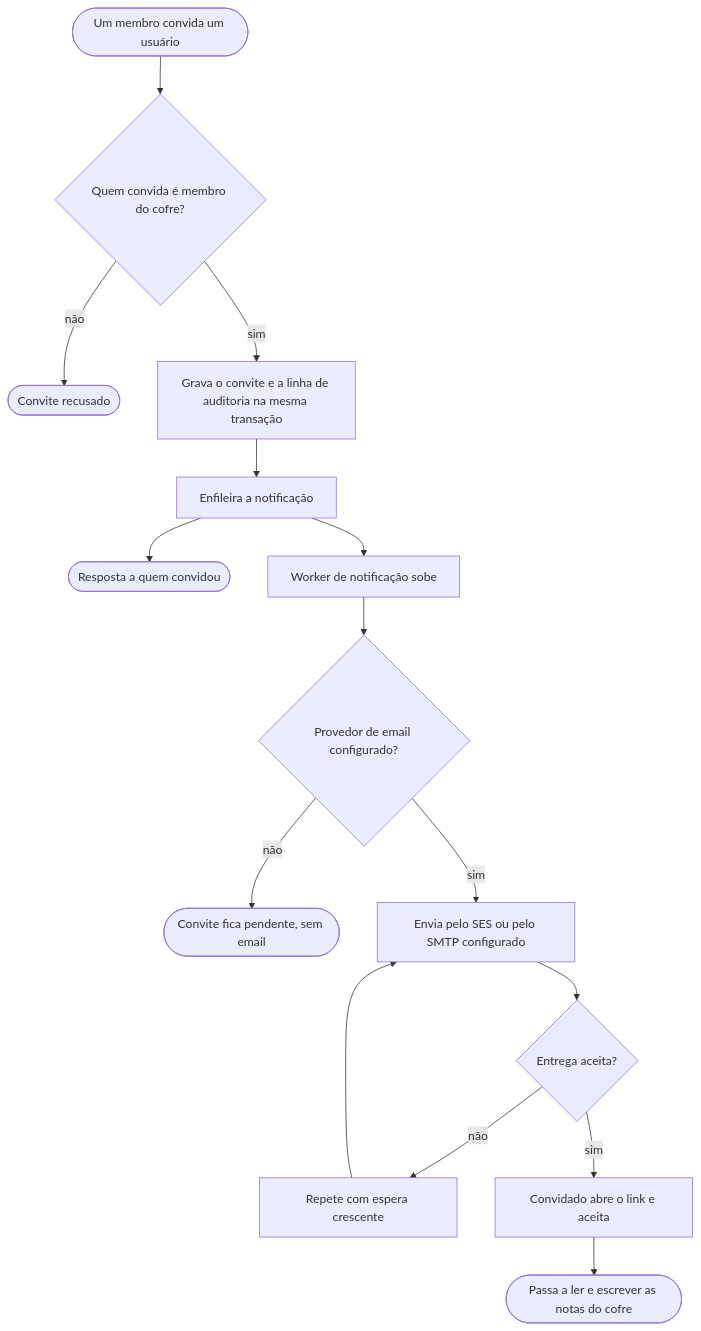
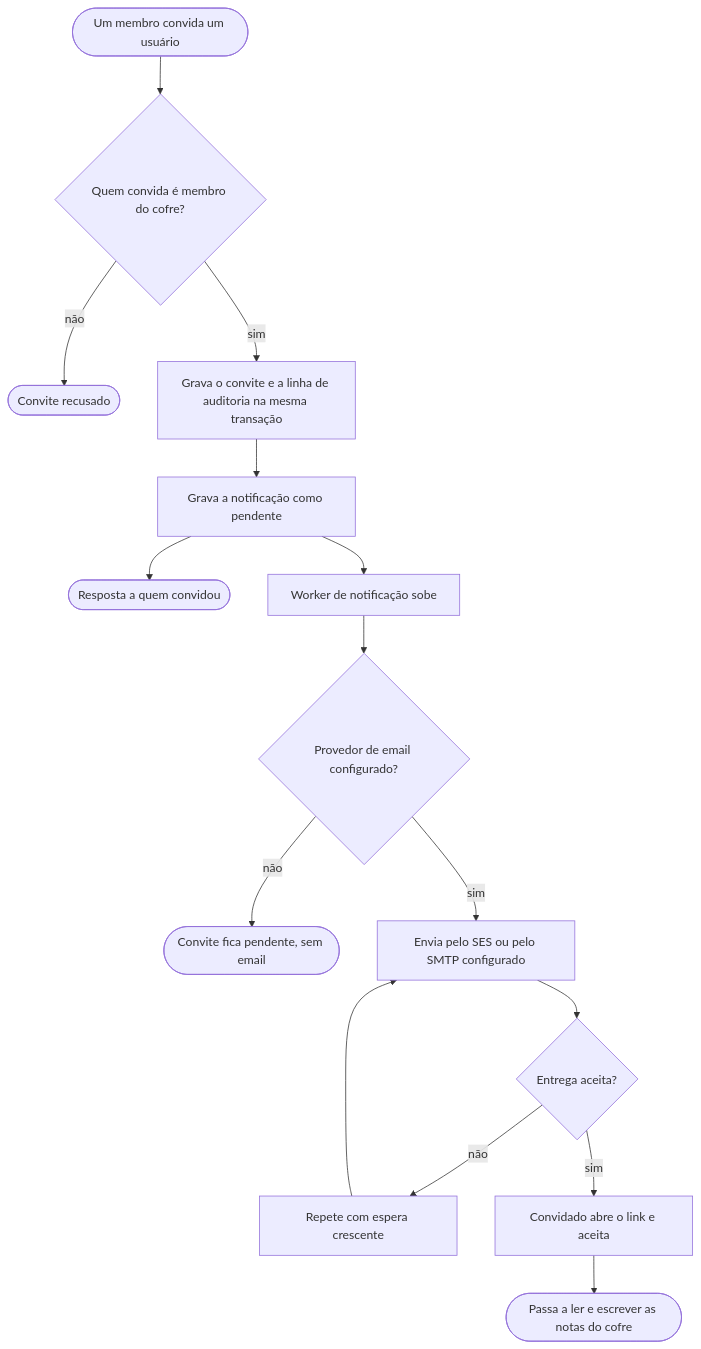
Before and after one commit to markupp-labs/markupp: the fourth of 4 diagrams in docs/fluxogramas.md, drawn with Mermaid. The commit also changed other lines of this file and 1 other file, not shown here.

Commit message:
docs: troca fila por cursor de revisao nos fluxos

````diff
--- a/docs/fluxogramas.md
+++ b/docs/fluxogramas.md
@@ -91,17 +91,17 @@
 ```mermaid
 flowchart TD
   A(["Um membro convida um usuário"]) --> B{"Quem convida é membro do cofre?"}
   B -- não --> C(["Convite recusado"])
   B -- sim --> D["Grava o convite e a linha de auditoria na mesma transação"]
-  D --> E["Enfileira a notificação"]
+  D --> E["Grava a notificação como pendente"]
   E --> F(["Resposta a quem convidou"])
   E --> G["Worker de notificação sobe"]
   G --> H{"Provedor de email configurado?"}
   H -- não --> I(["Convite fica pendente, sem email"])
   H -- sim --> J["Envia pelo SES ou pelo SMTP configurado"]
   J --> K{"Entrega aceita?"}
   K -- não --> L["Repete com espera crescente"]
   L --> J
   K -- sim --> M["Convidado abre o link e aceita"]
   M --> N(["Passa a ler e escrever as notas do cofre"])
 ```
````
